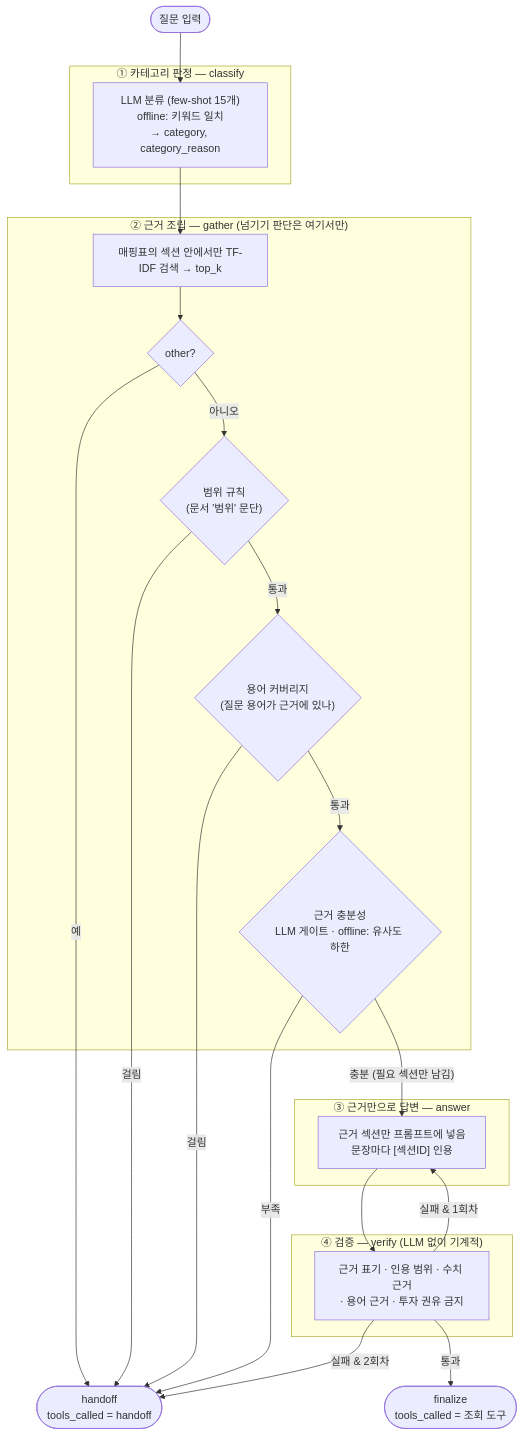
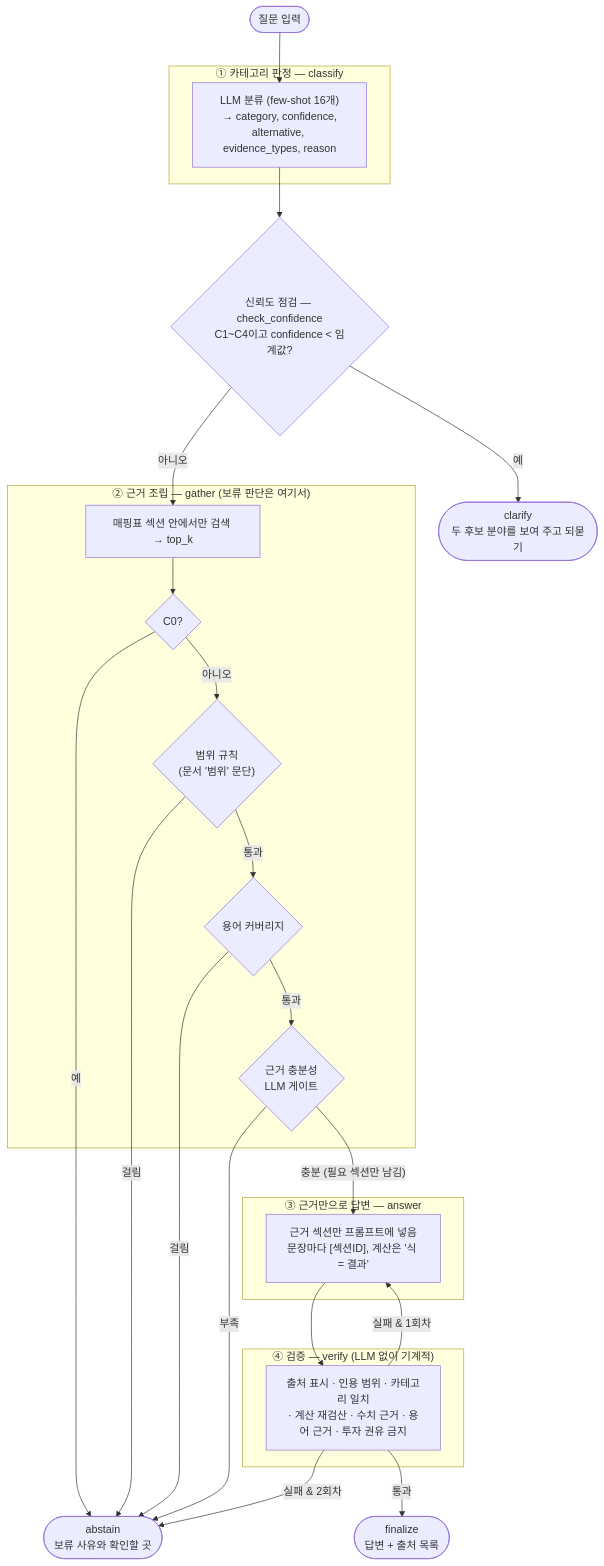
The diagram in REPORT.md (rubilisa08/fin-routing-agent), drawn with Mermaid before and after one commit. The commit also changed other lines of this file and 32 other files, not shown here.

````diff
--- a/REPORT.md
+++ b/REPORT.md
@@ -146,38 +167,40 @@
 ```mermaid
 flowchart TD
     START([질문 입력]) --> classify
 
-    subgraph S1["① 카테고리 판정 — classify"]
-        classify["LLM 분류 (few-shot 15개)<br/>offline: 키워드 일치<br/>→ category, category_reason"]
+    subgraph N1["① 카테고리 판정 — classify"]
+        classify["LLM 분류 (few-shot 16개)<br/>→ category, confidence,<br/>alternative, evidence_types, reason"]
     end
 
-    classify --> gather
+    classify --> check_confidence{"신뢰도 점검 — check_confidence<br/>C1~C4이고 confidence < 임계값?"}
+    check_confidence -- 예 --> clarify([clarify<br/>두 후보 분야를 보여 주고 되묻기])
+    check_confidence -- 아니오 --> gather
 
-    subgraph S2["② 근거 조립 — gather (넘기기 판단은 여기서만)"]
-        gather["매핑표의 섹션 안에서만 TF-IDF 검색 → top_k"]
-        gather --> g0{"other?"}
+    subgraph N2["② 근거 조립 — gather (보류 판단은 여기서)"]
+        gather["매핑표 섹션 안에서만 검색 → top_k"]
+        gather --> g0{"C0?"}
         g0 -- 아니오 --> g1{"범위 규칙<br/>(문서 '범위' 문단)"}
-        g1 -- 통과 --> g2{"용어 커버리지<br/>(질문 용어가 근거에 있나)"}
-        g2 -- 통과 --> g3{"근거 충분성<br/>LLM 게이트 · offline: 유사도 하한"}
+        g1 -- 통과 --> g2{"용어 커버리지"}
+        g2 -- 통과 --> g3{"근거 충분성<br/>LLM 게이트"}
     end
 
-    g0 -- 예 --> handoff
-    g1 -- 걸림 --> handoff
-    g2 -- 걸림 --> handoff
-    g3 -- 부족 --> handoff
+    g0 -- 예 --> abstain
+    g1 -- 걸림 --> abstain
+    g2 -- 걸림 --> abstain
+    g3 -- 부족 --> abstain
     g3 -- "충분 (필요 섹션만 남김)" --> answer
 
-    subgraph S3["③ 근거만으로 답변 — answer"]
-        answer["근거 섹션만 프롬프트에 넣음<br/>문장마다 [섹션ID] 인용"]
+    subgraph N3["③ 근거만으로 답변 — answer"]
+        answer["근거 섹션만 프롬프트에 넣음<br/>문장마다 [섹션ID], 계산은 '식 = 결과'"]
     end
 
     answer --> verify
 
-    subgraph S4["④ 검증 — verify (LLM 없이 기계적)"]
-        verify["근거 표기 · 인용 범위 · 수치 근거<br/>· 용어 근거 · 투자 권유 금지"]
+    subgraph N4["④ 검증 — verify (LLM 없이 기계적)"]
+        verify["출처 표시 · 인용 범위 · 카테고리 일치<br/>· 계산 재검산 · 수치 근거 · 용어 근거 · 투자 권유 금지"]
     end
 
-    verify -- 통과 --> finalize([finalize<br/>tools_called = 조회 도구])
+    verify -- 통과 --> finalize([finalize<br/>답변 + 출처 목록])
     verify -- "실패 & 1회차" --> answer
-    verify -- "실패 & 2회차" --> handoff([handoff<br/>tools_called = handoff])
+    verify -- "실패 & 2회차" --> abstain([abstain<br/>보류 사유와 확인할 곳])
 ```
````
